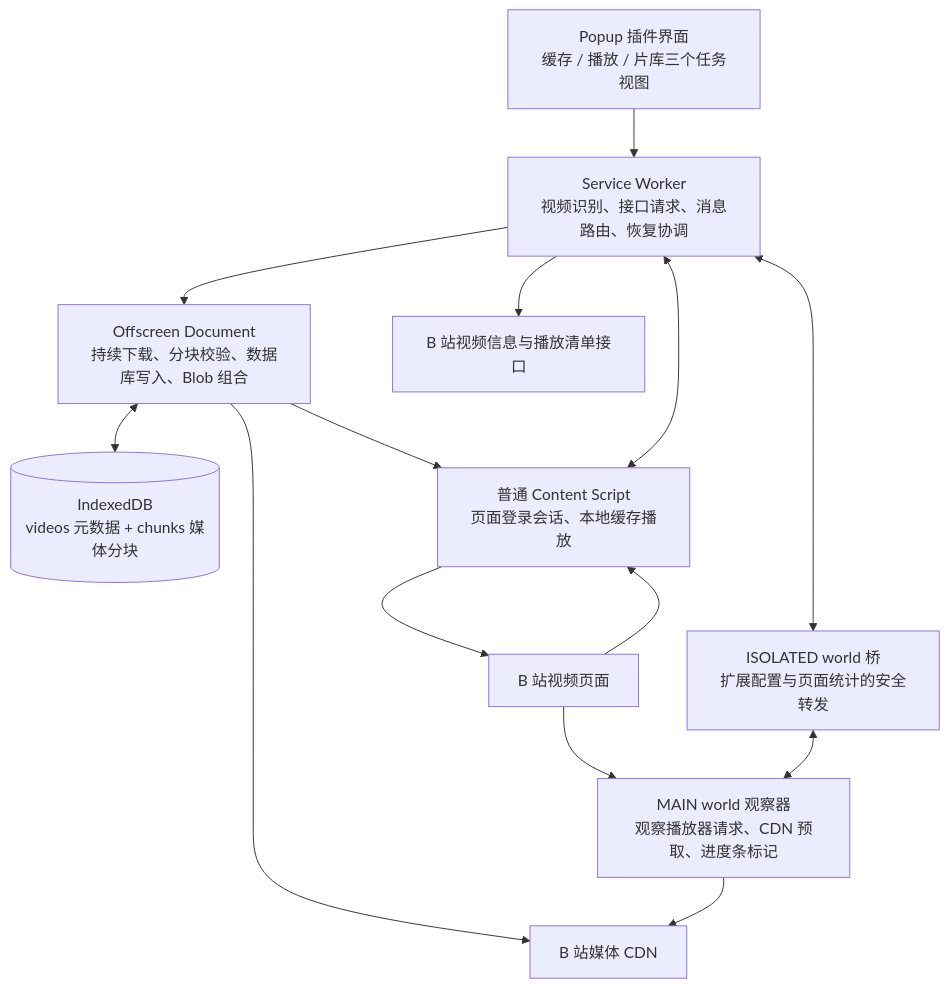
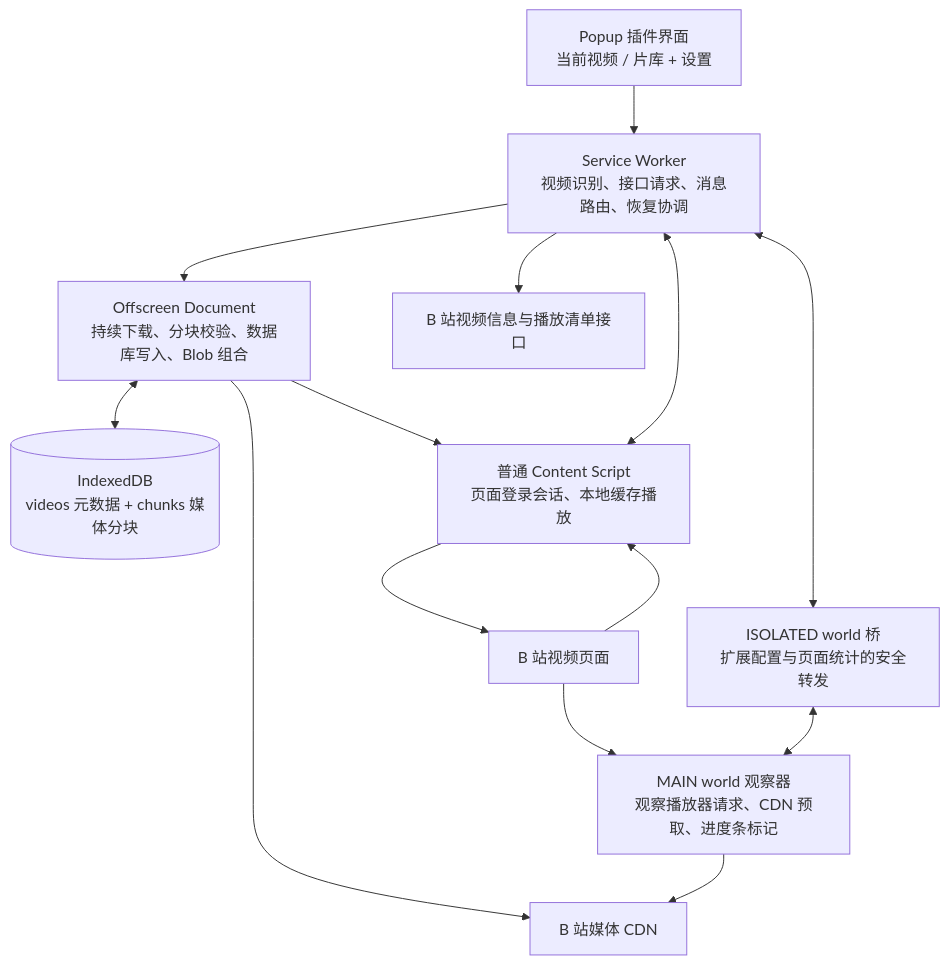
The first of 2 diagrams in 技术文档.md (Kihara-Ri/bilibili-buffer-extension), drawn with Mermaid before and after one commit. The commit also changed other lines of this file and 21 other files, not shown here.

````diff
--- a/技术文档.md
+++ b/技术文档.md
@@ -31,28 +31,28 @@
 ```mermaid
 flowchart TB
-    UI["Popup 插件界面<br/>缓存 / 播放 / 片库三个任务视图"]
+    UI["Popup 插件界面<br/>当前视频 / 片库 + 设置"]
     BG["Service Worker<br/>视频识别、接口请求、消息路由、恢复协调"]
     OFF["Offscreen Document<br/>持续下载、分块校验、数据库写入、Blob 组合"]
     DB[("IndexedDB<br/>videos 元数据 + chunks 媒体分块")]
     PAGE["B 站视频页面"]
     MAIN["MAIN world 观察器<br/>观察播放器请求、CDN 预取、进度条标记"]
     BRIDGE["ISOLATED world 桥<br/>扩展配置与页面统计的安全转发"]
     CONTENT["普通 Content Script<br/>页面登录会话、本地缓存播放"]
     API["B 站视频信息与播放清单接口"]
     CDN["B 站媒体 CDN"]
 
     UI --> BG
     BG --> API
     BG --> OFF
     OFF <--> DB
     OFF --> CDN
 
     PAGE --> MAIN
     PAGE --> CONTENT
     BRIDGE <--> MAIN
     BG <--> BRIDGE
     CONTENT <--> BG
     MAIN --> CDN
     OFF --> CONTENT
     CONTENT --> PAGE
 ```
````
